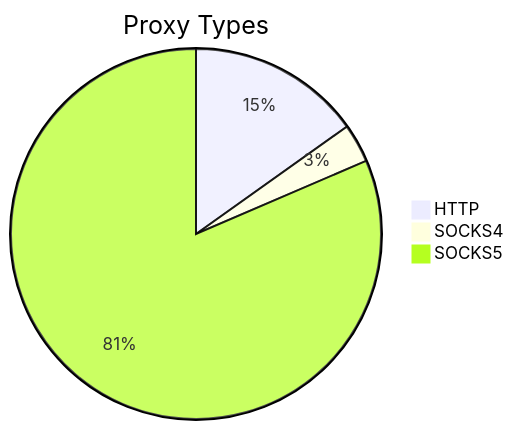
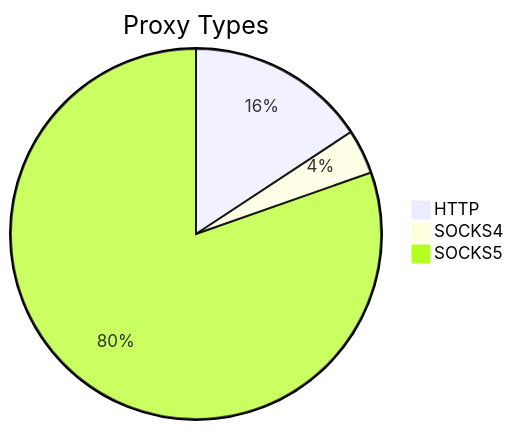
The first of 2 diagrams in README.md (stormsia/proxy-list), drawn with Mermaid before and after one commit. The commit also changed other lines of this file, not shown here.

````diff
--- a/README.md
+++ b/README.md
@@ -21,6 +21,6 @@
 ```mermaid
 pie title Proxy Types
-    "HTTP" : 112
+    "HTTP" : 101
     "SOCKS4" : 25
-    "SOCKS5" : 602
+    "SOCKS5" : 516
 ```
````
